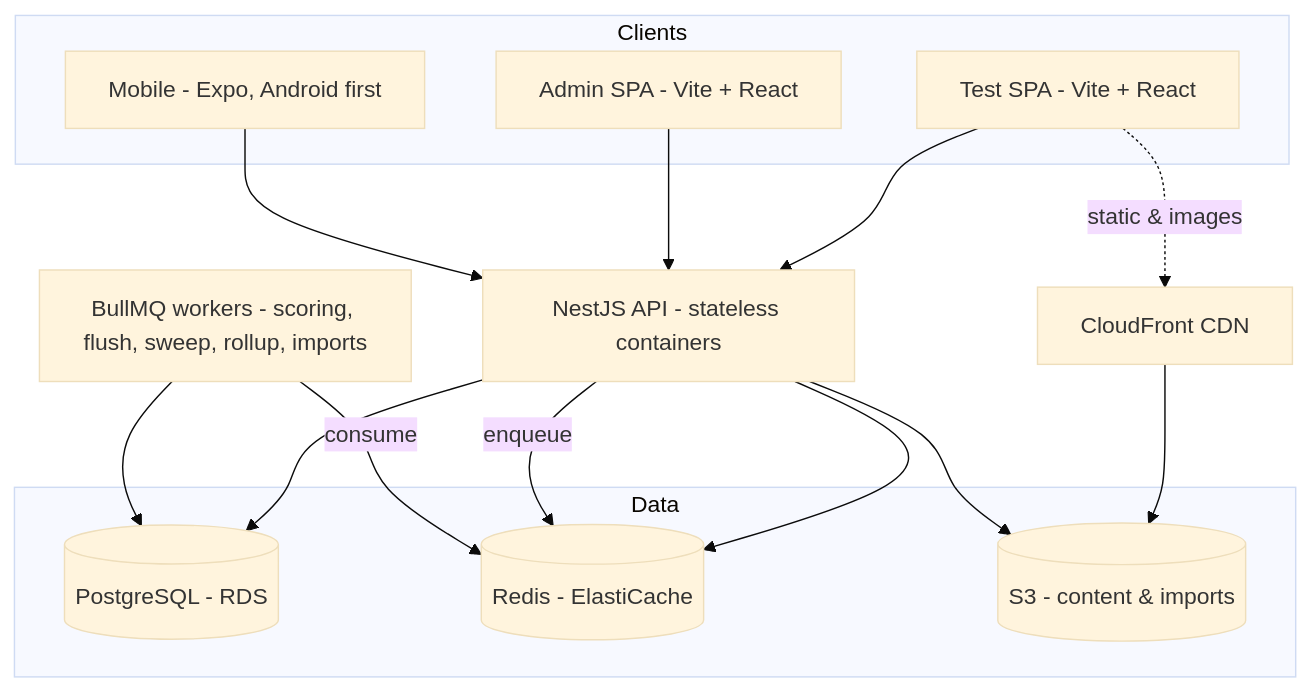
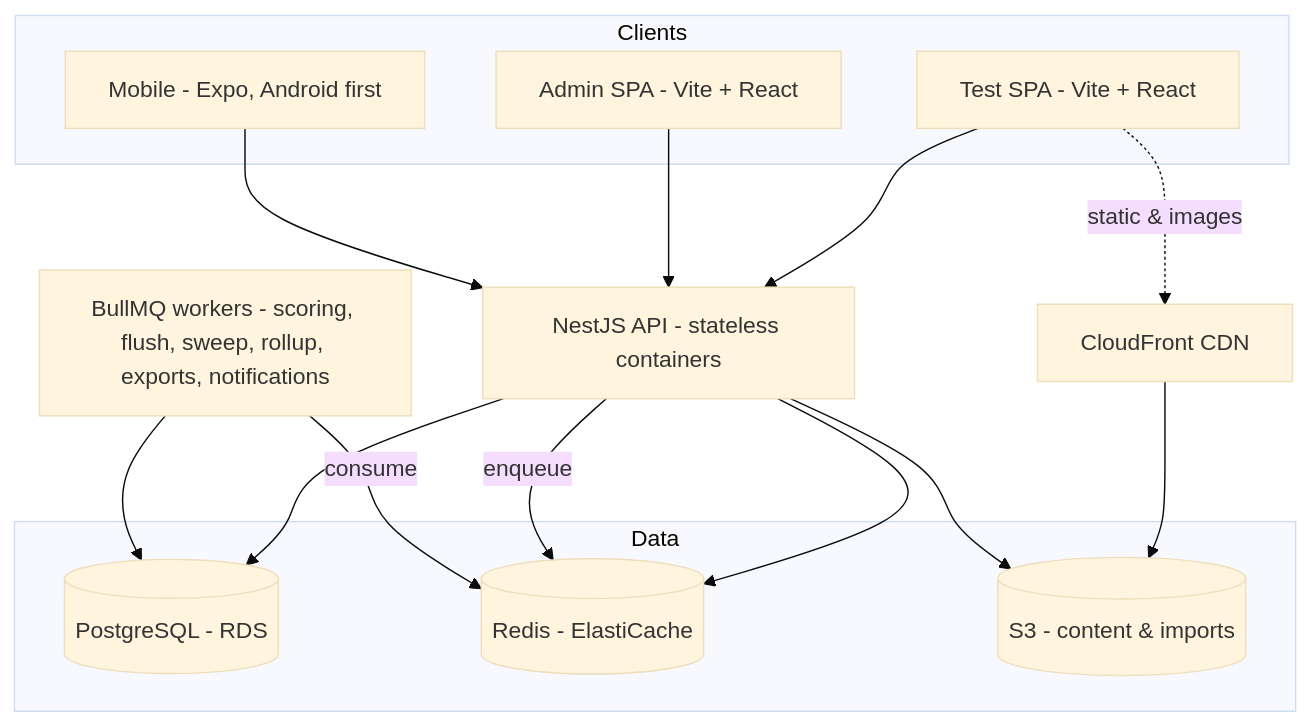
Before and after one commit to Indian-Academy-of-Competitive-Exams/iace-exam-portal: the diagram in docs/01-architecture.md, drawn with Mermaid (base theme). The commit also changed other lines of this file and 7 other files, not shown here.

````diff
--- a/docs/01-architecture.md
+++ b/docs/01-architecture.md
@@ -131,32 +131,32 @@
 ```mermaid
 flowchart TB
     subgraph Clients
         TW[Test SPA - Vite + React]
         AW[Admin SPA - Vite + React]
         MOB[Mobile - Expo, Android first]
     end
 
     CF[CloudFront CDN]
     API[NestJS API - stateless containers]
-    WK[BullMQ workers - scoring, flush, sweep, rollup, imports]
+    WK[BullMQ workers - scoring, flush, sweep, rollup, exports, notifications]
 
     subgraph Data
         PG[(PostgreSQL - RDS)]
         RD[(Redis - ElastiCache)]
         S3[(S3 - content & imports)]
     end
 
     TW --> API
     AW --> API
     MOB --> API
     TW -. static & images .-> CF
     CF --> S3
 
     API --> PG
     API --> RD
     API --> S3
 
     API -- enqueue --> RD
     WK -- consume --> RD
     WK --> PG
 ```
````
